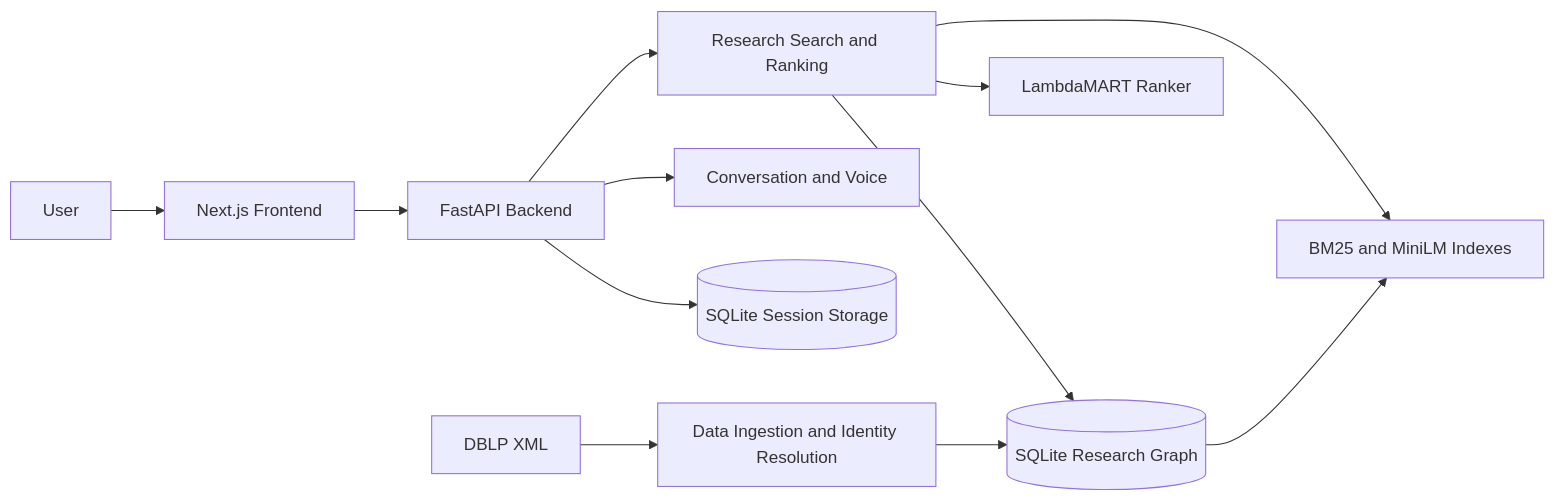
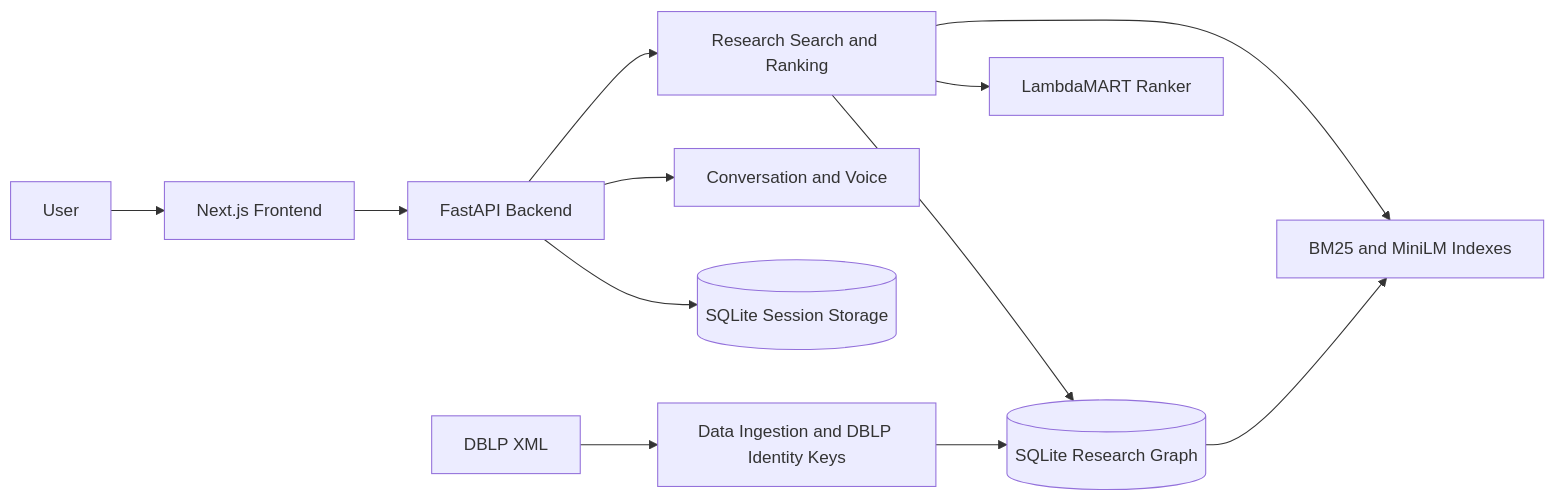
Before and after one commit to Rushhaabhhh/scholargraph: the first of 2 diagrams in README.md, drawn with Mermaid. The commit also changed other lines of this file and 16 other files, not shown here.

````diff
--- a/README.md
+++ b/README.md
@@ -7,14 +16,14 @@
 ```mermaid
 flowchart LR
     User[User] --> Web[Next.js Frontend]
     Web --> API[FastAPI Backend]
     API --> Search[Research Search and Ranking]
     API --> Conversation[Conversation and Voice]
     Search --> Graph[(SQLite Research Graph)]
     Search --> Index[BM25 and MiniLM Indexes]
     Search --> Ranker[LambdaMART Ranker]
     API --> Sessions[(SQLite Session Storage)]
-    DBLP[DBLP XML] --> Ingest[Data Ingestion and Identity Resolution]
+    DBLP[DBLP XML] --> Ingest[Data Ingestion and DBLP Identity Keys]
     Ingest --> Graph
     Graph --> Index
 ```
````
